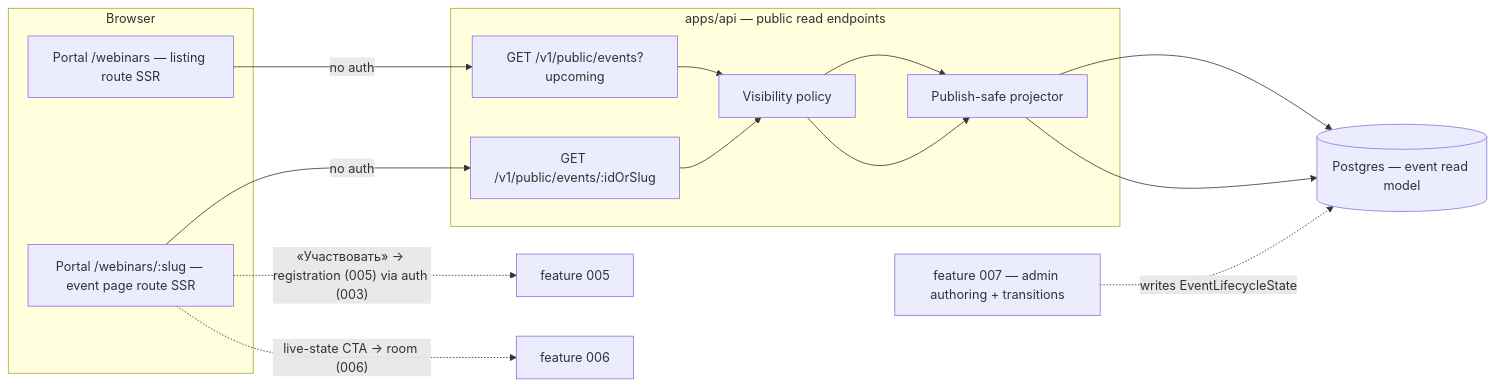
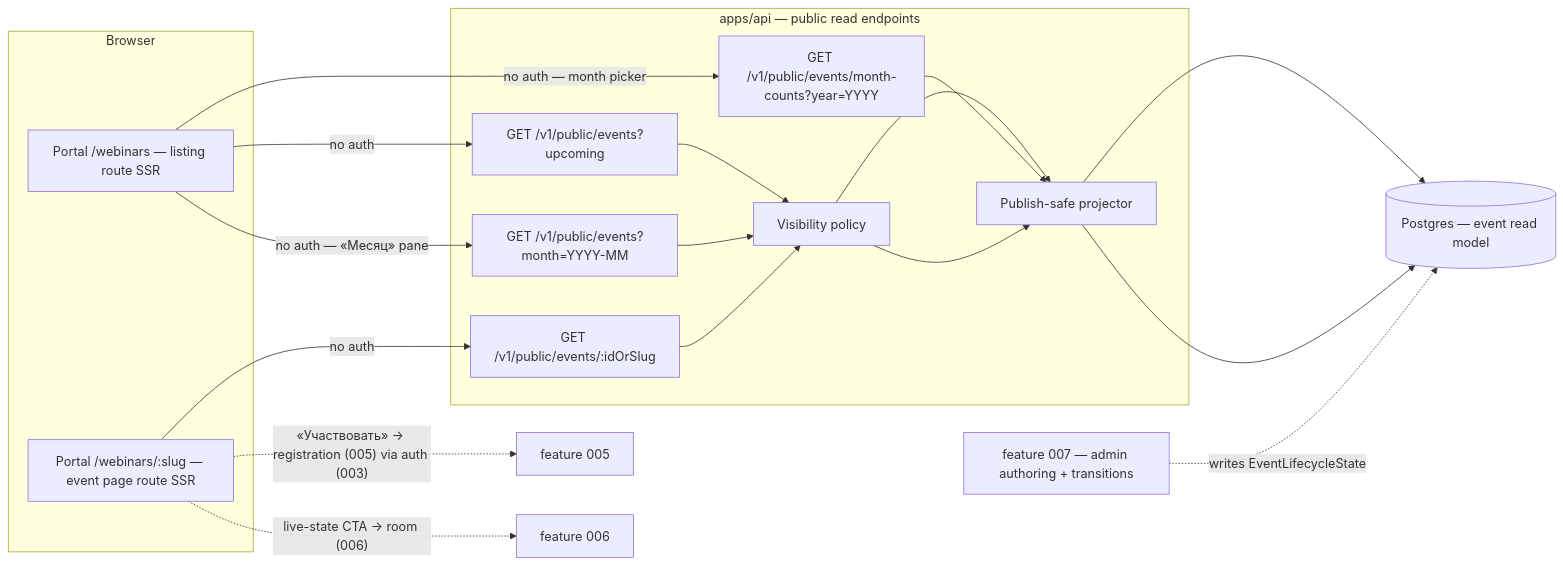
Before and after one commit to doctor-school/ds-platform: the first of 4 diagrams in apps/docs/content/specs/features/004-event-page-listing/004-design.md, drawn with Mermaid. The commit also changed other lines of this file and 6 other files, not shown here.

````diff
--- a/apps/docs/content/specs/features/004-event-page-listing/004-design.md
+++ b/apps/docs/content/specs/features/004-event-page-listing/004-design.md
@@ -16,20 +16,24 @@
 ```mermaid
 flowchart LR
   subgraph Browser
     LP[Portal /webinars — listing route SSR]
     EP[Portal /webinars/:slug — event page route SSR]
   end
   subgraph apps_api[apps/api — public read endpoints]
     Q1[GET /v1/public/events/:idOrSlug]
     Q2[GET /v1/public/events?upcoming]
+    Q3[GET /v1/public/events?month=YYYY-MM]
+    Q4[GET /v1/public/events/month-counts?year=YYYY]
     PROJ[Publish-safe projector]
     POL[Visibility policy]
   end
   PG[(Postgres — event read model)]
 
   LP -->|no auth| Q2 --> POL --> PROJ --> PG
+  LP -->|"no auth — «Месяц» pane"| Q3 --> POL
+  LP -->|no auth — month picker| Q4 --> PROJ
   EP -->|no auth| Q1 --> POL --> PROJ --> PG
   EP -. "«Участвовать» → registration (005) via auth (003)" .-> REG[feature 005]
   EP -. "live-state CTA → room (006)" .-> ROOM[feature 006]
   W007[feature 007 — admin authoring + transitions] -. writes EventLifecycleState .-> PG
 ```
````
